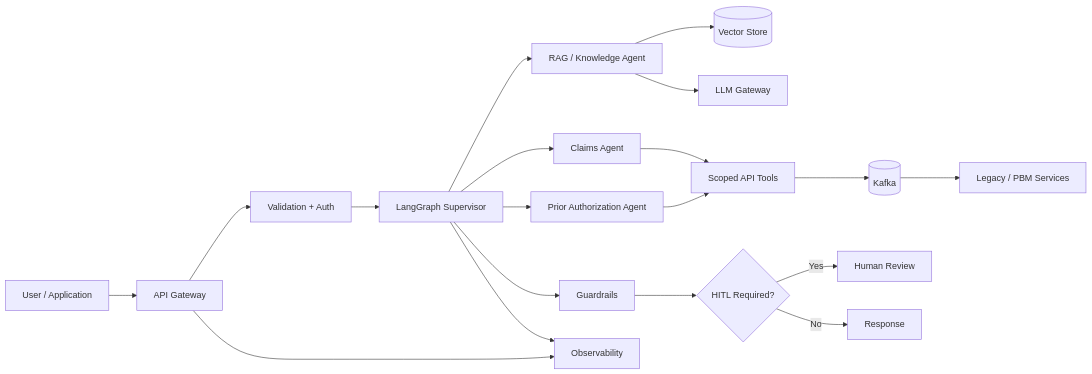
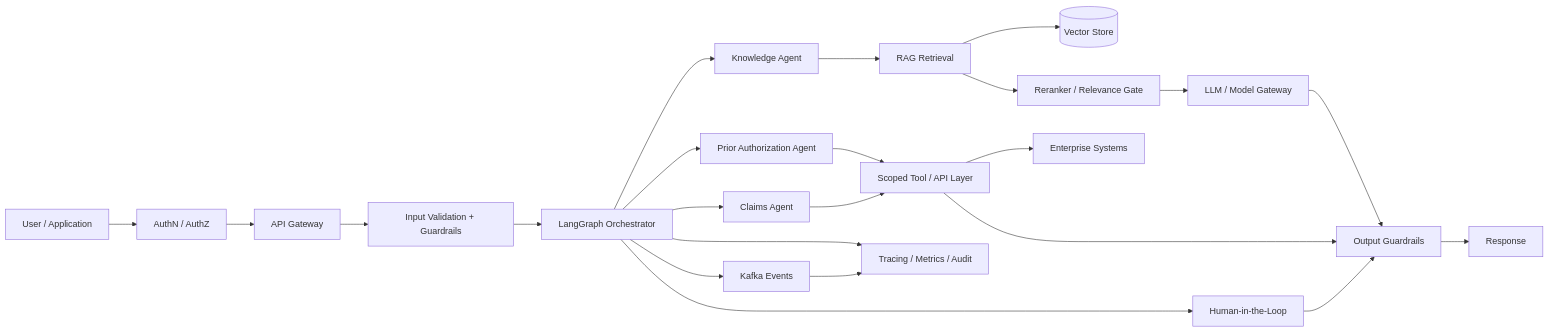
One commit to akanikad/pharmacy-agentic-ai-platform changed the diagram in README.md. Above: the diagram before and after it, drawn with Mermaid. The commit also changed other lines of this file and 6 other files, not shown here.

Commit message:
Upgrade architecture documentation and portfolio presentation

````diff
--- a/README.md
+++ b/README.md
@@ -27,26 +49,31 @@
 ```mermaid
 flowchart LR
-    U[User / Application] --> A[API Gateway]
-    A --> V[Validation + Auth]
-    V --> S[LangGraph Supervisor]
+    U[User / Application] --> AZ[AuthN / AuthZ]
+    AZ --> G[API Gateway]
+    G --> V[Input Validation + Guardrails]
+    V --> O[LangGraph Orchestrator]
 
-    S --> R[RAG / Knowledge Agent]
-    S --> C[Claims Agent]
-    S --> P[Prior Authorization Agent]
+    O --> K[Knowledge Agent]
+    O --> PA[Prior Authorization Agent]
+    O --> C[Claims Agent]
 
+    K --> R[RAG Retrieval]
     R --> VS[(Vector Store)]
-    R --> L[LLM Gateway]
-    C --> T[Scoped API Tools]
-    P --> T
+    R --> RR[Reranker / Relevance Gate]
+    RR --> L[LLM / Model Gateway]
 
-    T --> K[(Kafka)]
-    K --> LS[Legacy / PBM Services]
+    PA --> T[Scoped Tool / API Layer]
+    C --> T
+    T --> SYS[Enterprise Systems]
 
-    S --> G[Guardrails]
-    G --> H{HITL Required?}
-    H -->|Yes| HI[Human Review]
-    H -->|No| O[Response]
+    O --> HITL[Human-in-the-Loop]
+    O --> EVT[Kafka Events]
 
-    S --> OBS[Observability]
-    A --> OBS
+    L --> OG[Output Guardrails]
+    T --> OG
+    HITL --> OG
+    OG --> RESP[Response]
+
+    O --> OBS[Tracing / Metrics / Audit]
+    EVT --> OBS
 ```
````
